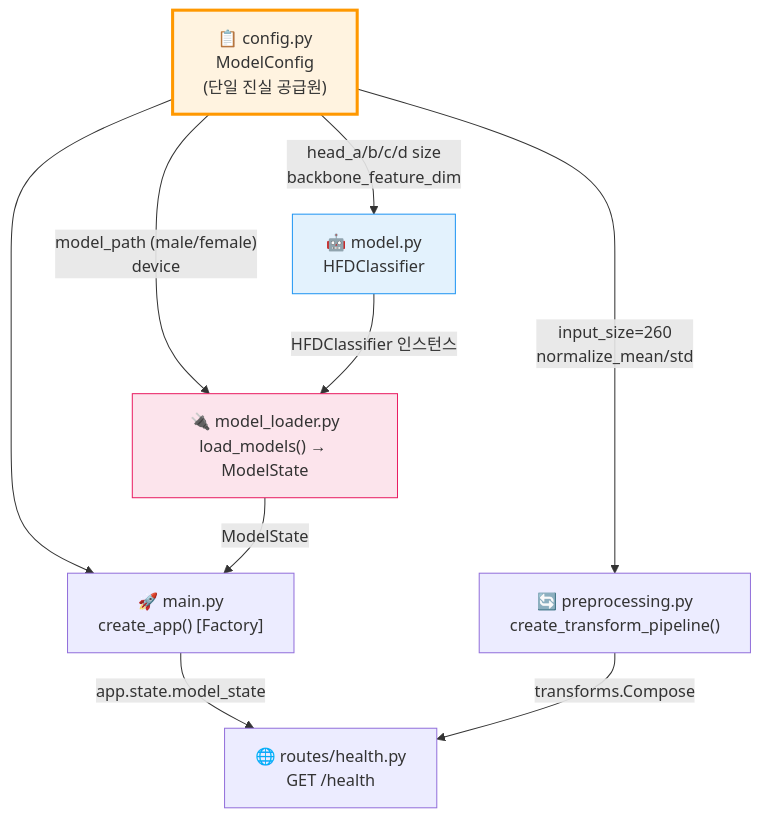
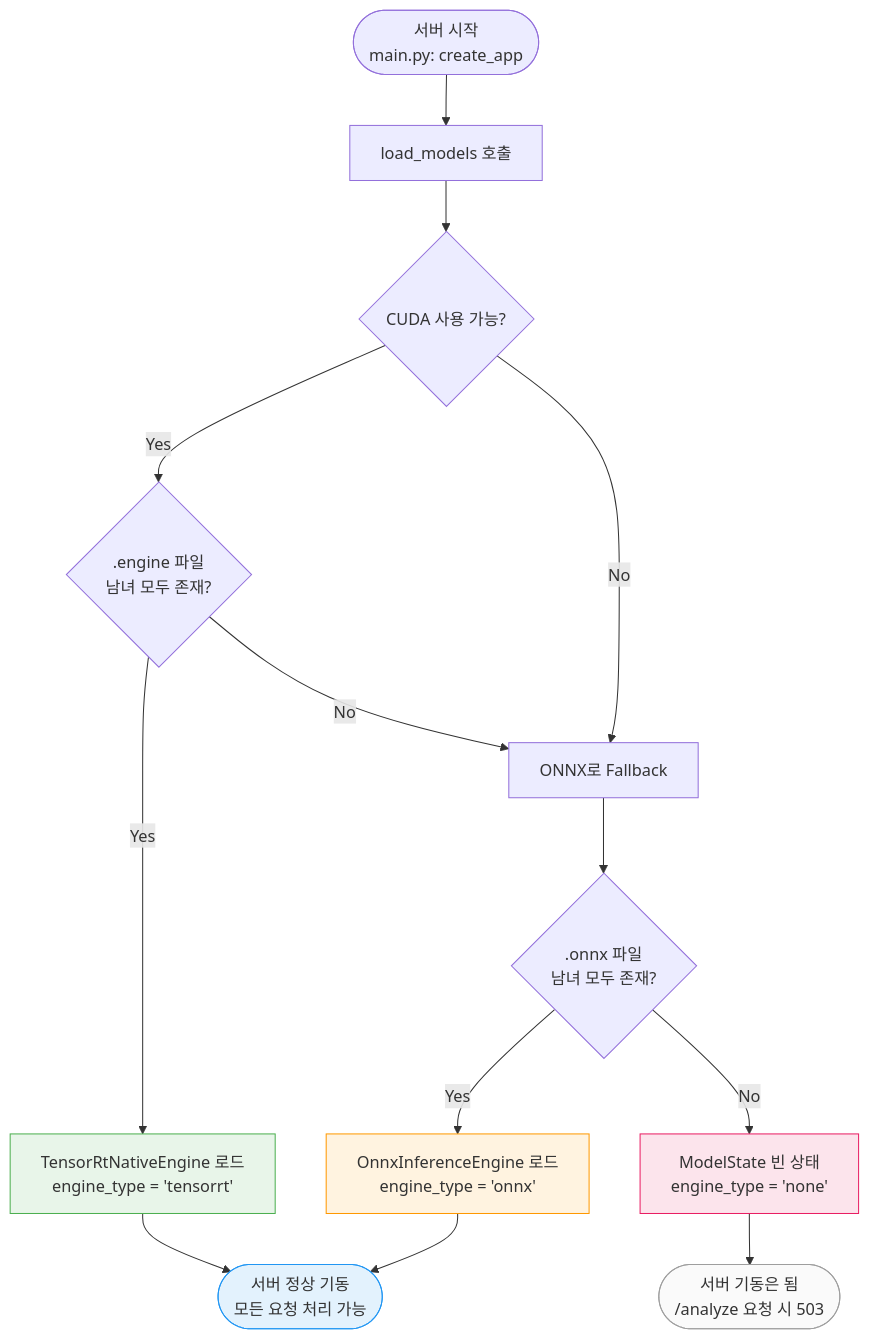
One commit to aquisto535/mind-palette-project changed the second of 3 diagrams in docs/reports/ai_server_structure_report.md. Above: the diagram before and after it, drawn with Mermaid. The commit also changed other lines of this file and 18 other files, not shown here.

Commit message:
feat: Implement initial image preprocessing and analysis pipeline with API Gateway integration, C++ backend services, and supporting scripts/documentation.

````diff
--- a/docs/reports/ai_server_structure_report.md
+++ b/docs/reports/ai_server_structure_report.md
@@ -138,24 +83,25 @@
 ```mermaid
-graph TD
-    CFG["📋 config.py<br/>ModelConfig<br/>(단일 진실 공급원)"]
+flowchart TD
+    Start([서버 시작<br/>main.py: create_app]) --> LC[load_models 호출]
 
-    PREP["🔄 preprocessing.py<br/>create_transform_pipeline()"]
-    MDL["🤖 model.py<br/>HFDClassifier"]
-    LOADER["🔌 model_loader.py<br/>load_models() → ModelState"]
-    MAIN["🚀 main.py<br/>create_app() [Factory]"]
-    HEALTH["🌐 routes/health.py<br/>GET /health"]
+    LC --> GPU{CUDA 사용 가능?}
 
-    CFG -->|"input_size=260<br/>normalize_mean/std"| PREP
-    CFG -->|"head_a/b/c/d size<br/>backbone_feature_dim"| MDL
-    CFG -->|"model_path (male/female)<br/>device"| LOADER
-    CFG --> MAIN
+    GPU -->|Yes| TRT{.engine 파일<br/>남녀 모두 존재?}
+    TRT -->|Yes| LoadTRT[TensorRtNativeEngine 로드<br/>engine_type = 'tensorrt']
+    TRT -->|No| ONNX_FB[ONNX로 Fallback]
+    GPU -->|No| ONNX_FB
 
-    MDL -->|"HFDClassifier 인스턴스"| LOADER
-    LOADER -->|"ModelState"| MAIN
-    MAIN -->|"app.state.model_state"| HEALTH
-    PREP -->|"transforms.Compose"| HEALTH
+    ONNX_FB --> ONN{.onnx 파일<br/>남녀 모두 존재?}
+    ONN -->|Yes| LoadONNX[OnnxInferenceEngine 로드<br/>engine_type = 'onnx']
+    ONN -->|No| NoModel[ModelState 빈 상태<br/>engine_type = 'none']
 
-    style CFG fill:#fff3e0,stroke:#ff9800,stroke-width:3px
-    style MDL fill:#e3f2fd,stroke:#2196f3
-    style LOADER fill:#fce4ec,stroke:#e91e63
+    LoadTRT --> Ready([서버 정상 기동<br/>모든 요청 처리 가능])
+    LoadONNX --> Ready
+    NoModel --> Degraded([서버 기동은 됨<br/>/analyze 요청 시 503])
+
+    style LoadTRT fill:#e8f5e9,stroke:#4caf50
+    style LoadONNX fill:#fff3e0,stroke:#ff9800
+    style NoModel fill:#fce4ec,stroke:#e91e63
+    style Ready fill:#e3f2fd,stroke:#2196f3
+    style Degraded fill:#fafafa,stroke:#9e9e9e
 ```
````
